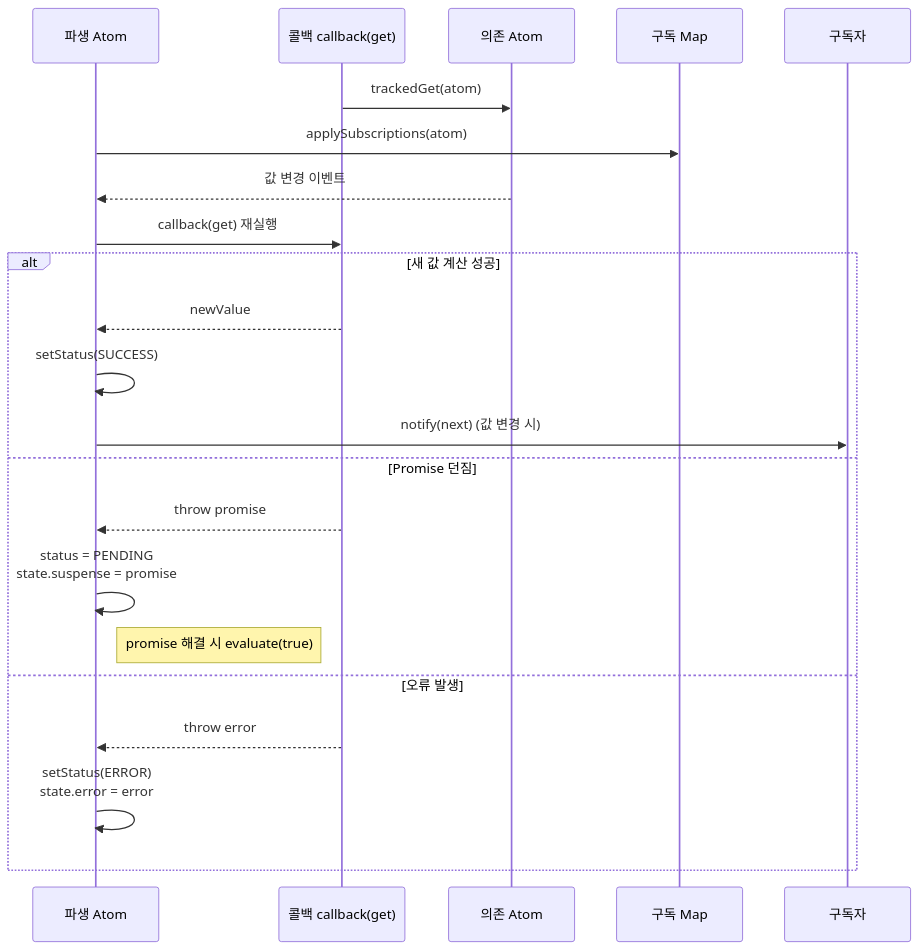
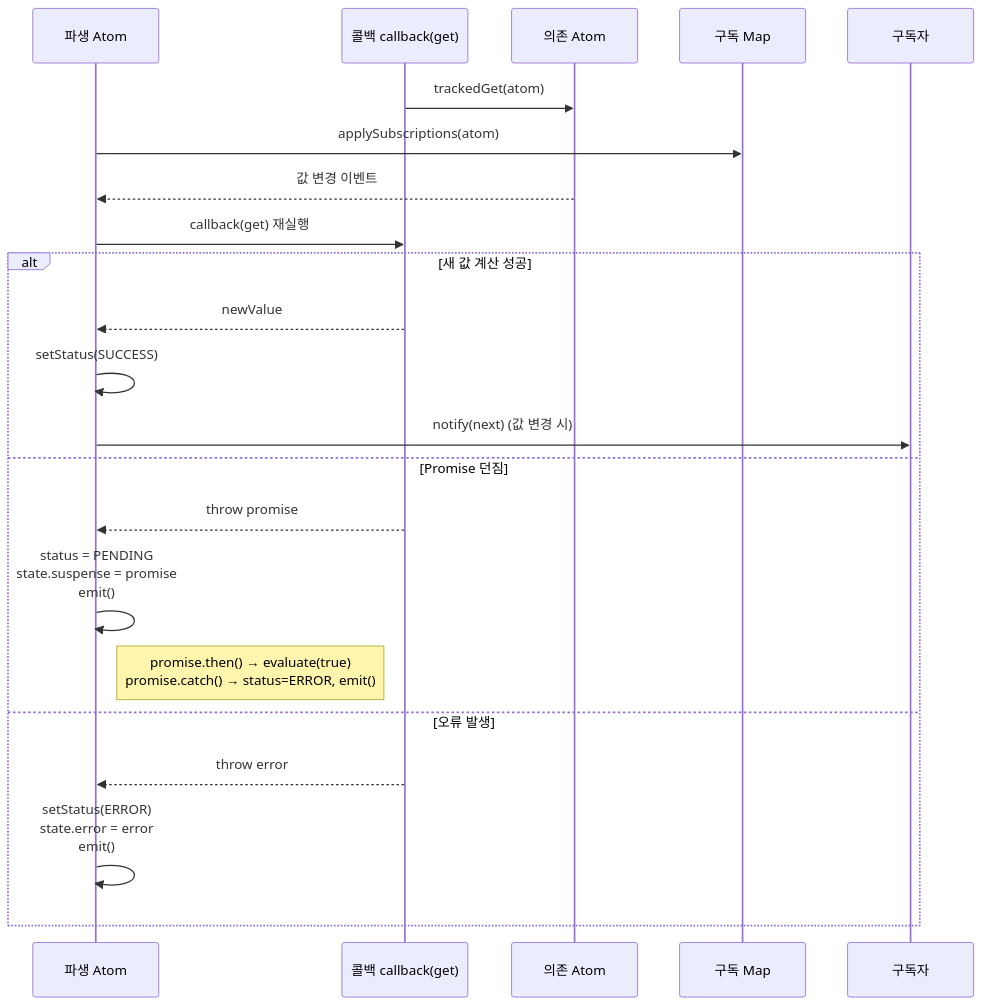
One commit to foreverchoi0706/sangtae changed the second of 3 diagrams in DESIGN.md. Above: the diagram before and after it, drawn with Mermaid. The commit also changed other lines of this file and 2 other files, not shown here.

````diff
--- a/DESIGN.md
+++ b/DESIGN.md
@@ -160,25 +170,25 @@
 ```mermaid
 sequenceDiagram
   participant D as 파생 Atom
   participant C as 콜백 callback(get)
   participant S as 의존 Atom
   participant M as 구독 Map
   participant L as 구독자
 
   C->>S: trackedGet(atom)
   D->>M: applySubscriptions(atom)
   S-->>D: 값 변경 이벤트
   D->>C: callback(get) 재실행
   alt 새 값 계산 성공
     C-->>D: newValue
     D->>D: setStatus(SUCCESS)
     D->>L: notify(next) (값 변경 시)
   else Promise 던짐
     C-->>D: throw promise
-    D->>D: status = PENDING<br/>state.suspense = promise
-    note right of D: promise 해결 시 evaluate(true)
+    D->>D: status = PENDING<br/>state.suspense = promise<br/>emit()
+    note right of D: promise.then() → evaluate(true)<br/>promise.catch() → status=ERROR, emit()
   else 오류 발생
     C-->>D: throw error
-    D->>D: setStatus(ERROR)<br/>state.error = error
+    D->>D: setStatus(ERROR)<br/>state.error = error<br/>emit()
   end
 ```
````
